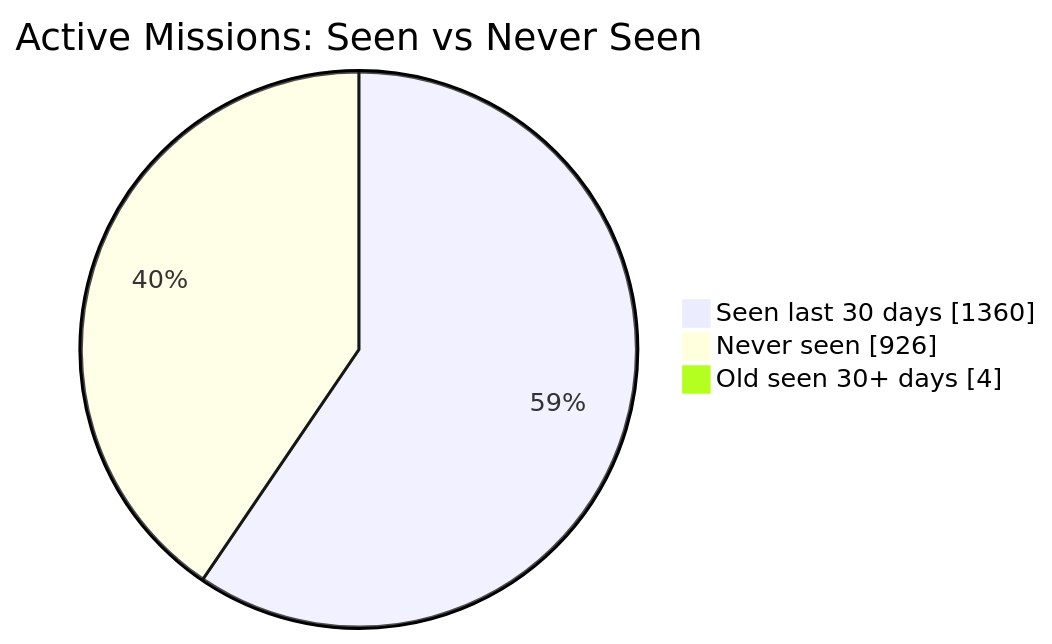
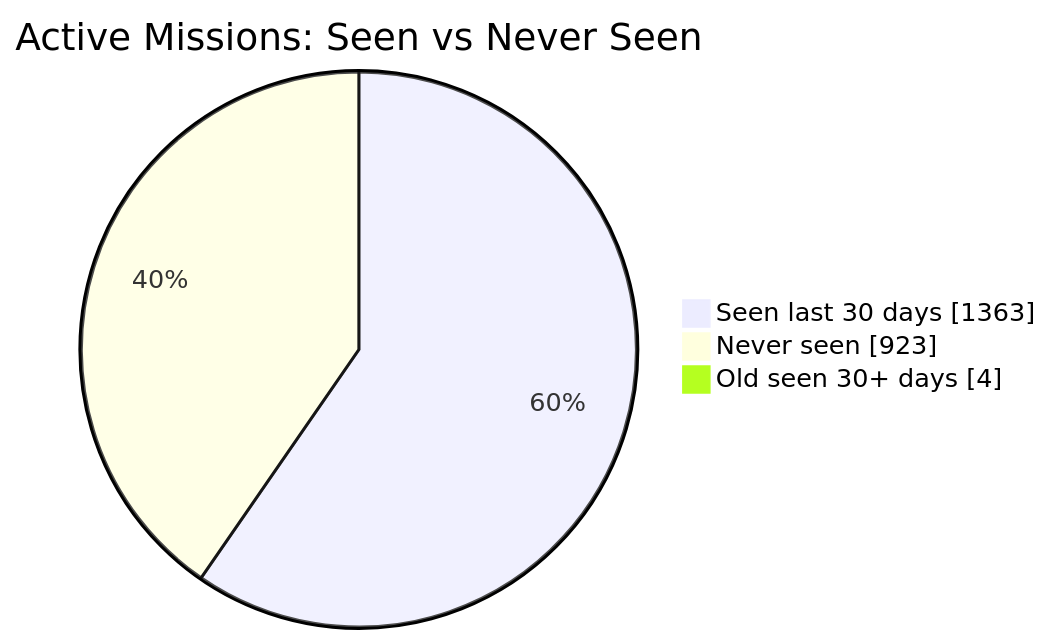
Before and after one commit to MeldkamerspelGameTeam/active-missions: the first of 2 diagrams in README.md, drawn with Mermaid. The commit also changed other lines of this file and 2 other files, not shown here.

````diff
--- a/README.md
+++ b/README.md
@@ -34,7 +34,7 @@
 ```mermaid
 pie showData
     title Active Missions: Seen vs Never Seen
-    "Seen last 30 days" : 1360
-    "Never seen" : 926
+    "Seen last 30 days" : 1363
+    "Never seen" : 923
     "Old seen 30+ days" : 4
 ```
````
